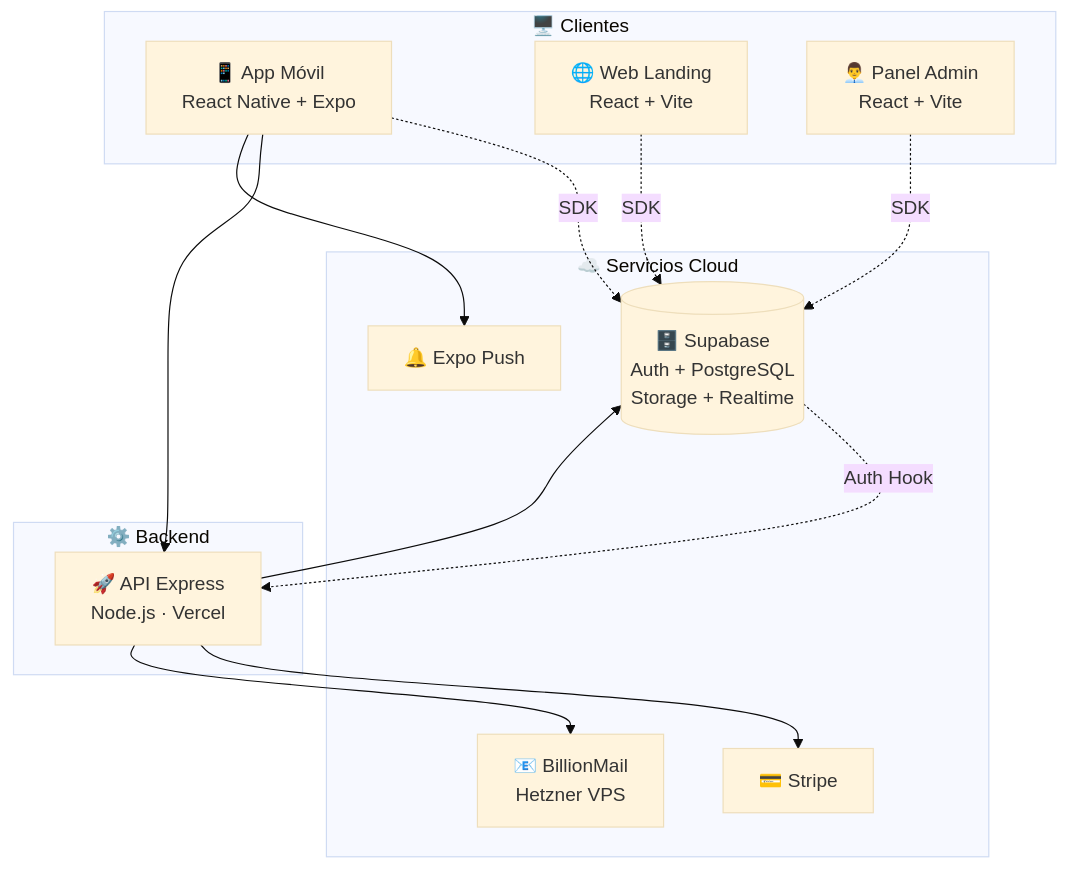
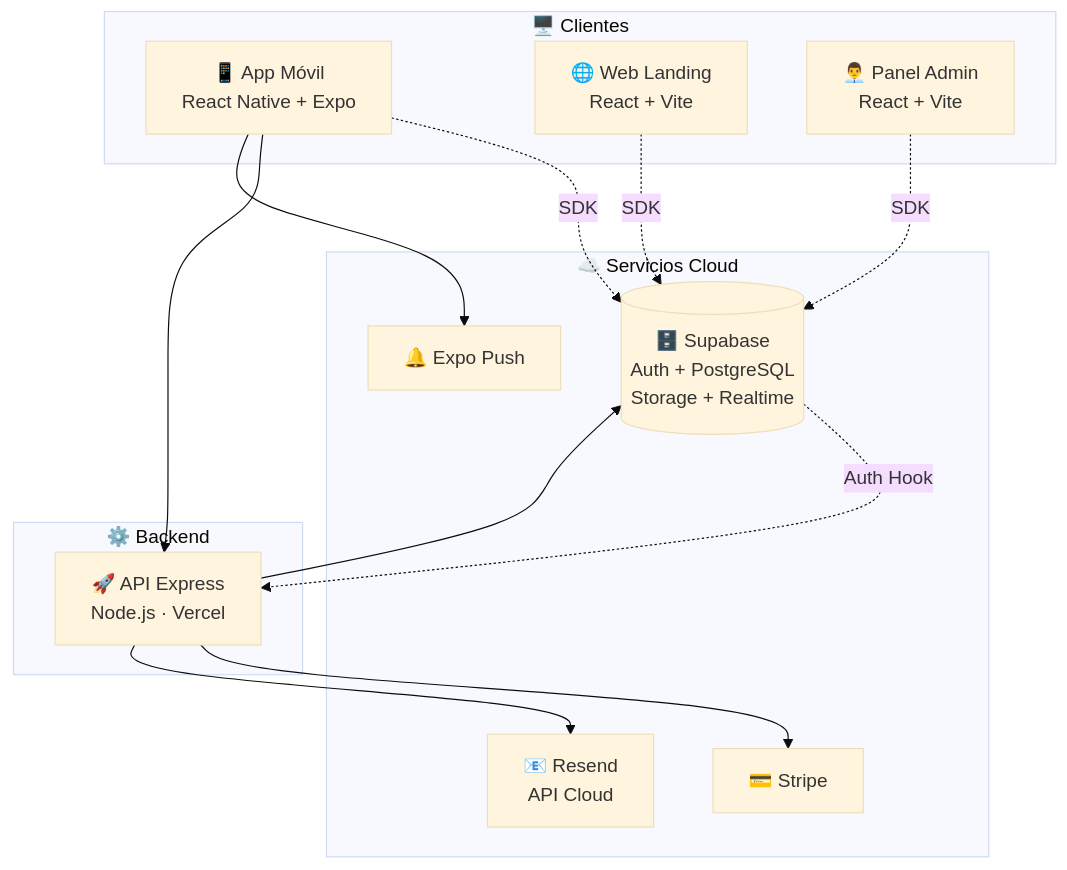
The second of 16 diagrams in docstecnica.md (msabbar02/PawMate), drawn with Mermaid (base theme) before and after one commit. The commit also changed other lines of this file and 6 other files, not shown here.

Commit message:
feat(email): migrar de BillionMail/Nodemailer a Resend SDK

````diff
--- a/docstecnica.md
+++ b/docstecnica.md
@@ -61,29 +61,29 @@
 ```mermaid
 flowchart TB
     subgraph Clients["🖥️ Clientes"]
         Mobile[📱 App Móvil<br/>React Native + Expo]
         Web[🌐 Web Landing<br/>React + Vite]
         Admin[👨‍💼 Panel Admin<br/>React + Vite]
     end
 
     subgraph Backend["⚙️ Backend"]
         Server[🚀 API Express<br/>Node.js · Vercel]
     end
 
     subgraph Cloud["☁️ Servicios Cloud"]
         Supabase[(🗄️ Supabase<br/>Auth + PostgreSQL<br/>Storage + Realtime)]
         Stripe[💳 Stripe]
-        BillionMail[📧 BillionMail<br/>Hetzner VPS]
+        Resend[📧 Resend<br/>API Cloud]
         Expo[🔔 Expo Push]
     end
 
     Mobile -.SDK.-> Supabase
     Web -.SDK.-> Supabase
     Admin -.SDK.-> Supabase
     Mobile --> Server
     Server --> Supabase
     Server --> Stripe
-    Server --> BillionMail
+    Server --> Resend
     Mobile --> Expo
     Supabase -.Auth Hook.-> Server
 ```
````
